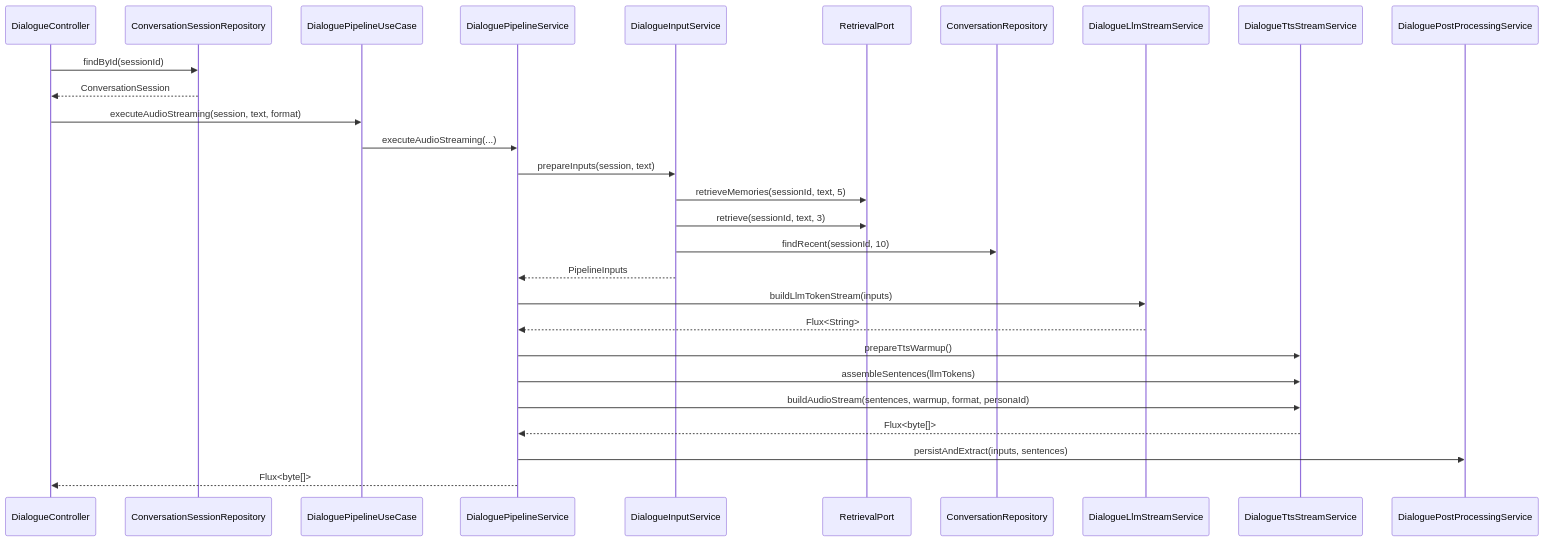
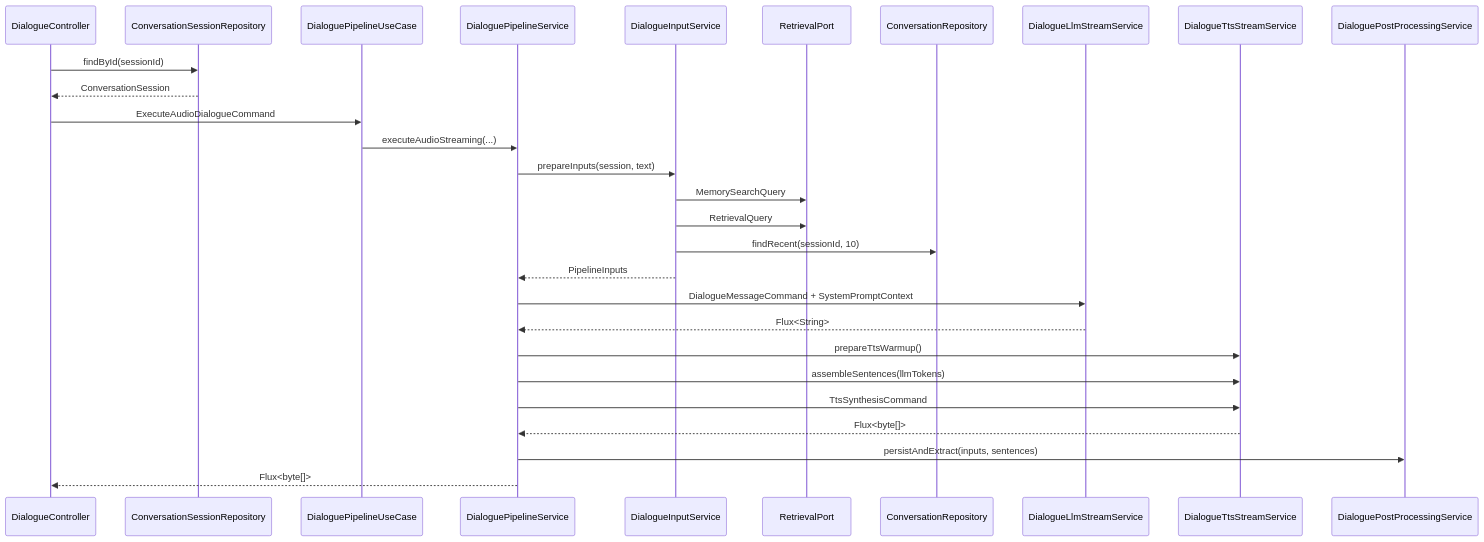
One commit to ImGdevel/MIYOU_ai-voice-chat changed the second of 2 diagrams in docs/spec/tech/hexagonal-architecture-refactoring/README.md. Above: the diagram before and after it, drawn with Mermaid. The commit also changed other lines of this file, not shown here.

First line of the commit message:
📝 docs(architecture): DTO 전환 현황 반영 (#58)

````diff
--- a/docs/spec/tech/hexagonal-architecture-refactoring/README.md
+++ b/docs/spec/tech/hexagonal-architecture-refactoring/README.md
@@ -146,31 +147,31 @@
 ```mermaid
 sequenceDiagram
   participant C as DialogueController
   participant SR as ConversationSessionRepository
   participant U as DialoguePipelineUseCase
   participant P as DialoguePipelineService
   participant I as DialogueInputService
   participant R as RetrievalPort
   participant CR as ConversationRepository
   participant L as DialogueLlmStreamService
   participant T as DialogueTtsStreamService
   participant PP as DialoguePostProcessingService
 
   C->>SR: findById(sessionId)
   SR-->>C: ConversationSession
-  C->>U: executeAudioStreaming(session, text, format)
+  C->>U: ExecuteAudioDialogueCommand
   U->>P: executeAudioStreaming(...)
   P->>I: prepareInputs(session, text)
-  I->>R: retrieveMemories(sessionId, text, 5)
-  I->>R: retrieve(sessionId, text, 3)
+  I->>R: MemorySearchQuery
+  I->>R: RetrievalQuery
   I->>CR: findRecent(sessionId, 10)
   I-->>P: PipelineInputs
-  P->>L: buildLlmTokenStream(inputs)
+  P->>L: DialogueMessageCommand + SystemPromptContext
   L-->>P: Flux<String>
   P->>T: prepareTtsWarmup()
   P->>T: assembleSentences(llmTokens)
-  P->>T: buildAudioStream(sentences, warmup, format, personaId)
+  P->>T: TtsSynthesisCommand
   T-->>P: Flux<byte[]>
   P->>PP: persistAndExtract(inputs, sentences)
   P-->>C: Flux<byte[]>
 ```
````
